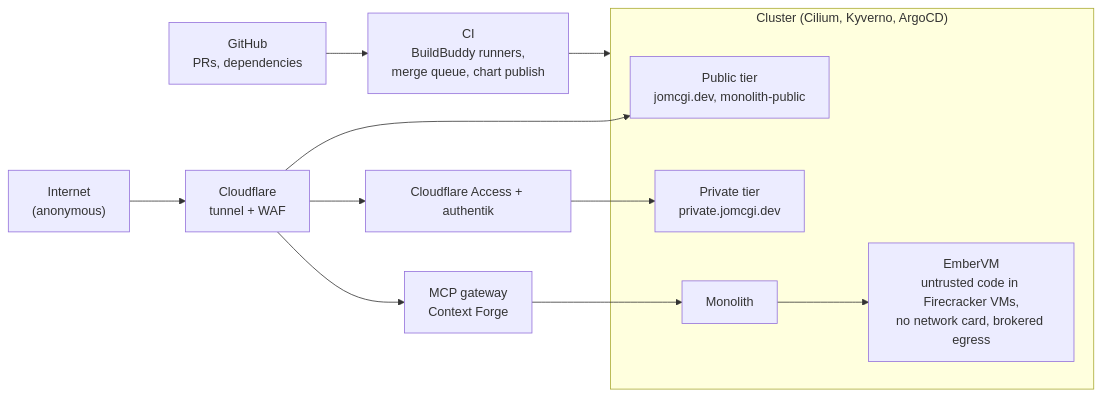
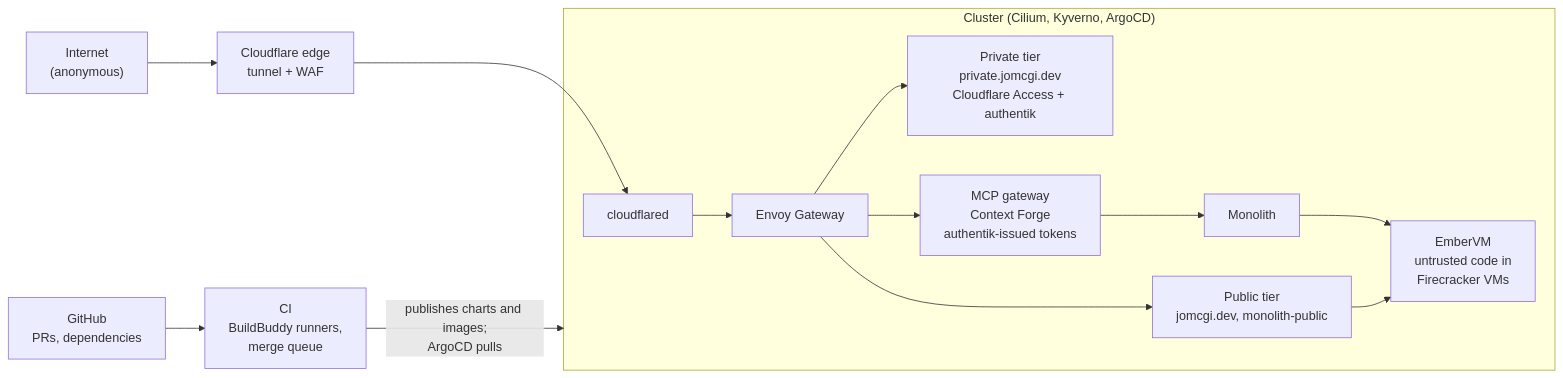
The diagram in docs/THREAT-MODEL.md (jomcgi-org/homelab), drawn with Mermaid before and after one commit. The commit also changed other lines of this file and 1 other file, not shown here.

````diff
--- a/docs/THREAT-MODEL.md
+++ b/docs/THREAT-MODEL.md
@@ -23,16 +23,16 @@
 ```mermaid
 graph LR
-    I["Internet<br/>(anonymous)"] --> CF["Cloudflare<br/>tunnel + WAF"]
-    GH["GitHub<br/>PRs, dependencies"] --> CI["CI<br/>BuildBuddy runners,<br/>merge queue, chart publish"]
-    CF --> PUB["Public tier<br/>jomcgi.dev, monolith-public"]
-    CF --> ACC["Cloudflare Access + authentik"] --> PRIV["Private tier<br/>private.jomcgi.dev"]
-    CF --> MCP["MCP gateway<br/>Context Forge"] --> MONO["Monolith"]
-    MONO --> EVM
-    CI --> K8S
+    I["Internet<br/>(anonymous)"] --> CFE["Cloudflare edge<br/>tunnel + WAF"]
+    GH["GitHub<br/>PRs, dependencies"] --> CI["CI<br/>BuildBuddy runners,<br/>merge queue"]
+    CFE --> CFD
+    CI -- "publishes charts and images;<br/>ArgoCD pulls" --> K8S
     subgraph K8S ["Cluster (Cilium, Kyverno, ArgoCD)"]
-        PUB
-        PRIV
-        MONO
-        EVM["EmberVM<br/>untrusted code in Firecracker VMs,<br/>no network card, brokered egress"]
+        CFD["cloudflared"] --> GW["Envoy Gateway"]
+        GW --> PUB["Public tier<br/>jomcgi.dev, monolith-public"]
+        GW --> PRIV["Private tier<br/>private.jomcgi.dev<br/>Cloudflare Access + authentik"]
+        GW --> MCP["MCP gateway<br/>Context Forge<br/>authentik-issued tokens"]
+        MCP --> MONO["Monolith"]
+        MONO --> EVM["EmberVM<br/>untrusted code in<br/>Firecracker VMs"]
+        PUB --> EVM
     end
 ```
````
